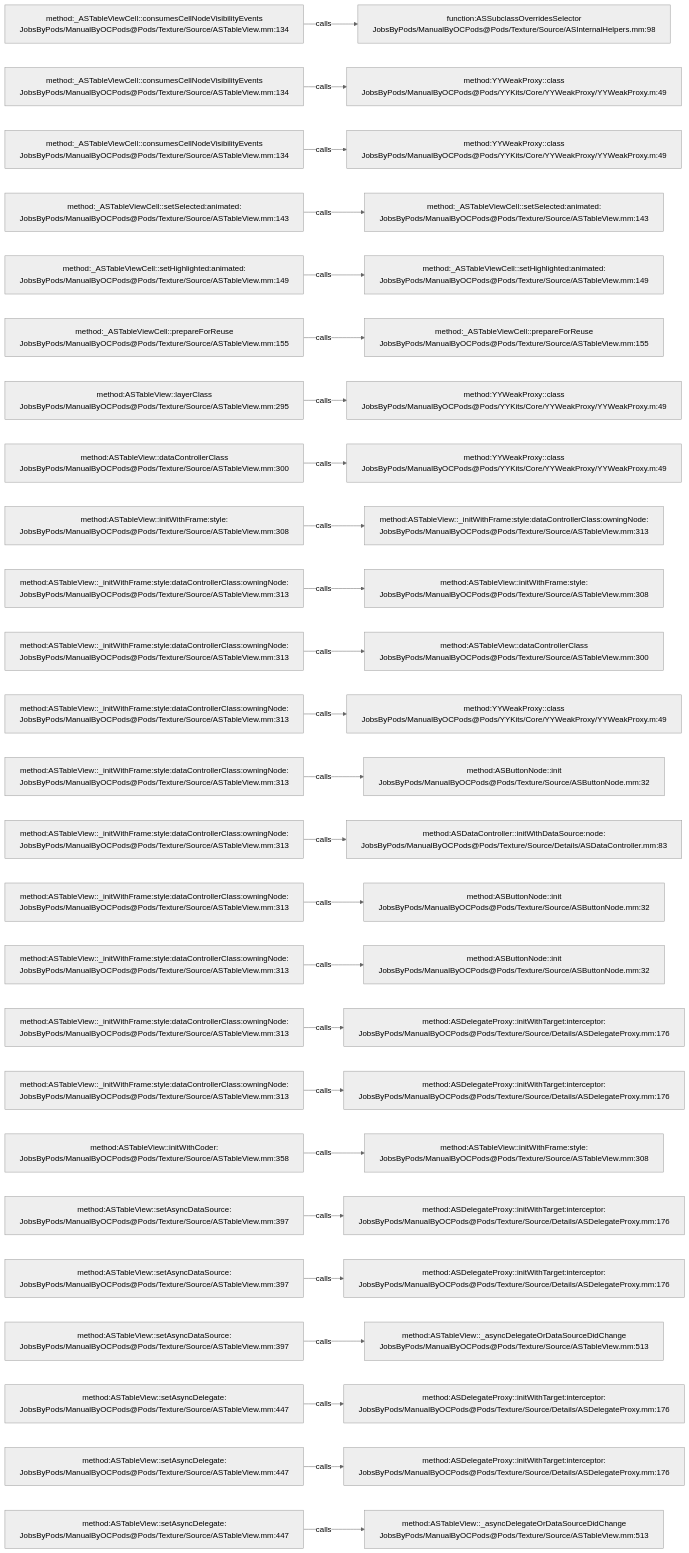
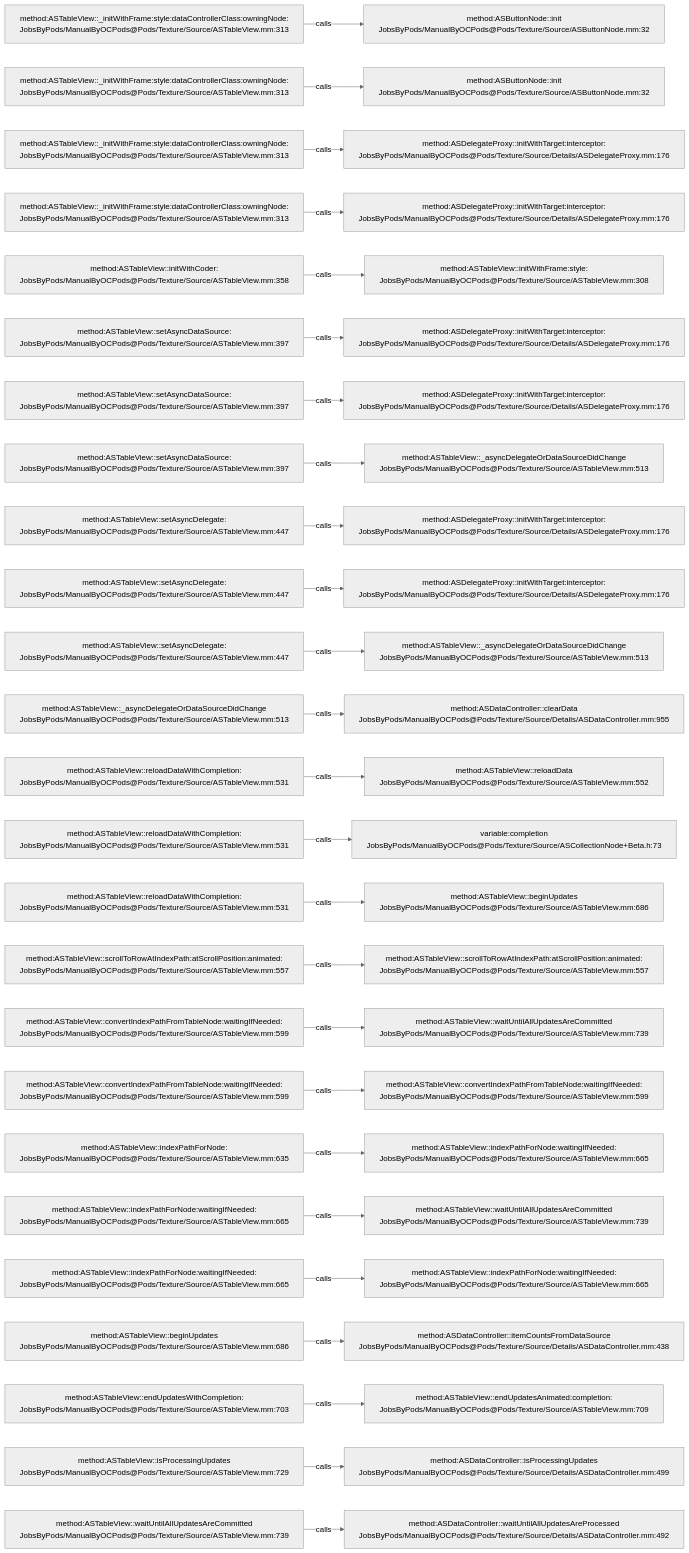
The diagram in .codegraph/codegraph.md/graphs/calls-128.md (JobsKits/JobsOCBaseConfigDemo), drawn with Mermaid (neutral theme) before and after one commit. The commit also changed 296 other files, not shown here.

````diff
--- a/.codegraph/codegraph.md/graphs/calls-128.md
+++ b/.codegraph/codegraph.md/graphs/calls-128.md
@@ -13,78 +13,78 @@
 ```mermaid
 flowchart LR
-  S1["method:_ASTableViewCell::consumesCellNodeVisibilityEvents<br/>JobsByPods/ManualByOCPods@Pods/Texture/Source/ASTableView.mm:134"]
-  T1["function:ASSubclassOverridesSelector<br/>JobsByPods/ManualByOCPods@Pods/Texture/Source/ASInternalHelpers.mm:98"]
+  S1["method:ASTableView::_initWithFrame:style:dataControllerClass:owningNode:<br/>JobsByPods/ManualByOCPods@Pods/Texture/Source/ASTableView.mm:313"]
+  T1["method:ASButtonNode::init<br/>JobsByPods/ManualByOCPods@Pods/Texture/Source/ASButtonNode.mm:32"]
   S1 -->|calls| T1
-  S2["method:_ASTableViewCell::consumesCellNodeVisibilityEvents<br/>JobsByPods/ManualByOCPods@Pods/Texture/Source/ASTableView.mm:134"]
-  T2["method:YYWeakProxy::class<br/>JobsByPods/ManualByOCPods@Pods/YYKits/Core/YYWeakProxy/YYWeakProxy.m:49"]
+  S2["method:ASTableView::_initWithFrame:style:dataControllerClass:owningNode:<br/>JobsByPods/ManualByOCPods@Pods/Texture/Source/ASTableView.mm:313"]
+  T2["method:ASButtonNode::init<br/>JobsByPods/ManualByOCPods@Pods/Texture/Source/ASButtonNode.mm:32"]
   S2 -->|calls| T2
-  S3["method:_ASTableViewCell::consumesCellNodeVisibilityEvents<br/>JobsByPods/ManualByOCPods@Pods/Texture/Source/ASTableView.mm:134"]
-  T3["method:YYWeakProxy::class<br/>JobsByPods/ManualByOCPods@Pods/YYKits/Core/YYWeakProxy/YYWeakProxy.m:49"]
+  S3["method:ASTableView::_initWithFrame:style:dataControllerClass:owningNode:<br/>JobsByPods/ManualByOCPods@Pods/Texture/Source/ASTableView.mm:313"]
+  T3["method:ASDelegateProxy::initWithTarget:interceptor:<br/>JobsByPods/ManualByOCPods@Pods/Texture/Source/Details/ASDelegateProxy.mm:176"]
   S3 -->|calls| T3
-  S4["method:_ASTableViewCell::setSelected:animated:<br/>JobsByPods/ManualByOCPods@Pods/Texture/Source/ASTableView.mm:143"]
-  T4["method:_ASTableViewCell::setSelected:animated:<br/>JobsByPods/ManualByOCPods@Pods/Texture/Source/ASTableView.mm:143"]
+  S4["method:ASTableView::_initWithFrame:style:dataControllerClass:owningNode:<br/>JobsByPods/ManualByOCPods@Pods/Texture/Source/ASTableView.mm:313"]
+  T4["method:ASDelegateProxy::initWithTarget:interceptor:<br/>JobsByPods/ManualByOCPods@Pods/Texture/Source/Details/ASDelegateProxy.mm:176"]
   S4 -->|calls| T4
-  S5["method:_ASTableViewCell::setHighlighted:animated:<br/>JobsByPods/ManualByOCPods@Pods/Texture/Source/ASTableView.mm:149"]
-  T5["method:_ASTableViewCell::setHighlighted:animated:<br/>JobsByPods/ManualByOCPods@Pods/Texture/Source/ASTableView.mm:149"]
+  S5["method:ASTableView::initWithCoder:<br/>JobsByPods/ManualByOCPods@Pods/Texture/Source/ASTableView.mm:358"]
+  T5["method:ASTableView::initWithFrame:style:<br/>JobsByPods/ManualByOCPods@Pods/Texture/Source/ASTableView.mm:308"]
   S5 -->|calls| T5
-  S6["method:_ASTableViewCell::prepareForReuse<br/>JobsByPods/ManualByOCPods@Pods/Texture/Source/ASTableView.mm:155"]
-  T6["method:_ASTableViewCell::prepareForReuse<br/>JobsByPods/ManualByOCPods@Pods/Texture/Source/ASTableView.mm:155"]
+  S6["method:ASTableView::setAsyncDataSource:<br/>JobsByPods/ManualByOCPods@Pods/Texture/Source/ASTableView.mm:397"]
+  T6["method:ASDelegateProxy::initWithTarget:interceptor:<br/>JobsByPods/ManualByOCPods@Pods/Texture/Source/Details/ASDelegateProxy.mm:176"]
   S6 -->|calls| T6
-  S7["method:ASTableView::layerClass<br/>JobsByPods/ManualByOCPods@Pods/Texture/Source/ASTableView.mm:295"]
-  T7["method:YYWeakProxy::class<br/>JobsByPods/ManualByOCPods@Pods/YYKits/Core/YYWeakProxy/YYWeakProxy.m:49"]
+  S7["method:ASTableView::setAsyncDataSource:<br/>JobsByPods/ManualByOCPods@Pods/Texture/Source/ASTableView.mm:397"]
+  T7["method:ASDelegateProxy::initWithTarget:interceptor:<br/>JobsByPods/ManualByOCPods@Pods/Texture/Source/Details/ASDelegateProxy.mm:176"]
   S7 -->|calls| T7
-  S8["method:ASTableView::dataControllerClass<br/>JobsByPods/ManualByOCPods@Pods/Texture/Source/ASTableView.mm:300"]
-  T8["method:YYWeakProxy::class<br/>JobsByPods/ManualByOCPods@Pods/YYKits/Core/YYWeakProxy/YYWeakProxy.m:49"]
+  S8["method:ASTableView::setAsyncDataSource:<br/>JobsByPods/ManualByOCPods@Pods/Texture/Source/ASTableView.mm:397"]
+  T8["method:ASTableView::_asyncDelegateOrDataSourceDidChange<br/>JobsByPods/ManualByOCPods@Pods/Texture/Source/ASTableView.mm:513"]
   S8 -->|calls| T8
-  S9["method:ASTableView::initWithFrame:style:<br/>JobsByPods/ManualByOCPods@Pods/Texture/Source/ASTableView.mm:308"]
-  T9["method:ASTableView::_initWithFrame:style:dataControllerClass:owningNode:<br/>JobsByPods/ManualByOCPods@Pods/Texture/Source/ASTableView.mm:313"]
+  S9["method:ASTableView::setAsyncDelegate:<br/>JobsByPods/ManualByOCPods@Pods/Texture/Source/ASTableView.mm:447"]
+  T9["method:ASDelegateProxy::initWithTarget:interceptor:<br/>JobsByPods/ManualByOCPods@Pods/Texture/Source/Details/ASDelegateProxy.mm:176"]
   S9 -->|calls| T9
-  S10["method:ASTableView::_initWithFrame:style:dataControllerClass:owningNode:<br/>JobsByPods/ManualByOCPods@Pods/Texture/Source/ASTableView.mm:313"]
-  T10["method:ASTableView::initWithFrame:style:<br/>JobsByPods/ManualByOCPods@Pods/Texture/Source/ASTableView.mm:308"]
+  S10["method:ASTableView::setAsyncDelegate:<br/>JobsByPods/ManualByOCPods@Pods/Texture/Source/ASTableView.mm:447"]
+  T10["method:ASDelegateProxy::initWithTarget:interceptor:<br/>JobsByPods/ManualByOCPods@Pods/Texture/Source/Details/ASDelegateProxy.mm:176"]
   S10 -->|calls| T10
-  S11["method:ASTableView::_initWithFrame:style:dataControllerClass:owningNode:<br/>JobsByPods/ManualByOCPods@Pods/Texture/Source/ASTableView.mm:313"]
-  T11["method:ASTableView::dataControllerClass<br/>JobsByPods/ManualByOCPods@Pods/Texture/Source/ASTableView.mm:300"]
+  S11["method:ASTableView::setAsyncDelegate:<br/>JobsByPods/ManualByOCPods@Pods/Texture/Source/ASTableView.mm:447"]
+  T11["method:ASTableView::_asyncDelegateOrDataSourceDidChange<br/>JobsByPods/ManualByOCPods@Pods/Texture/Source/ASTableView.mm:513"]
   S11 -->|calls| T11
-  S12["method:ASTableView::_initWithFrame:style:dataControllerClass:owningNode:<br/>JobsByPods/ManualByOCPods@Pods/Texture/Source/ASTableView.mm:313"]
-  T12["method:YYWeakProxy::class<br/>JobsByPods/ManualByOCPods@Pods/YYKits/Core/YYWeakProxy/YYWeakProxy.m:49"]
+  S12["method:ASTableView::_asyncDelegateOrDataSourceDidChange<br/>JobsByPods/ManualByOCPods@Pods/Texture/Source/ASTableView.mm:513"]
+  T12["method:ASDataController::clearData<br/>JobsByPods/ManualByOCPods@Pods/Texture/Source/Details/ASDataController.mm:955"]
   S12 -->|calls| T12
-  S13["method:ASTableView::_initWithFrame:style:dataControllerClass:owningNode:<br/>JobsByPods/ManualByOCPods@Pods/Texture/Source/ASTableView.mm:313"]
-  T13["method:ASButtonNode::init<br/>JobsByPods/ManualByOCPods@Pods/Texture/Source/ASButtonNode.mm:32"]
+  S13["method:ASTableView::reloadDataWithCompletion:<br/>JobsByPods/ManualByOCPods@Pods/Texture/Source/ASTableView.mm:531"]
+  T13["method:ASTableView::reloadData<br/>JobsByPods/ManualByOCPods@Pods/Texture/Source/ASTableView.mm:552"]
   S13 -->|calls| T13
-  S14["method:ASTableView::_initWithFrame:style:dataControllerClass:owningNode:<br/>JobsByPods/ManualByOCPods@Pods/Texture/Source/ASTableView.mm:313"]
-  T14["method:ASDataController::initWithDataSource:node:<br/>JobsByPods/ManualByOCPods@Pods/Texture/Source/Details/ASDataController.mm:83"]
+  S14["method:ASTableView::reloadDataWithCompletion:<br/>JobsByPods/ManualByOCPods@Pods/Texture/Source/ASTableView.mm:531"]
+  T14["variable:completion<br/>JobsByPods/ManualByOCPods@Pods/Texture/Source/ASCollectionNode+Beta.h:73"]
   S14 -->|calls| T14
-  S15["method:ASTableView::_initWithFrame:style:dataControllerClass:owningNode:<br/>JobsByPods/ManualByOCPods@Pods/Texture/Source/ASTableView.mm:313"]
-  T15["method:ASButtonNode::init<br/>JobsByPods/ManualByOCPods@Pods/Texture/Source/ASButtonNode.mm:32"]
+  S15["method:ASTableView::reloadDataWithCompletion:<br/>JobsByPods/ManualByOCPods@Pods/Texture/Source/ASTableView.mm:531"]
+  T15["method:ASTableView::beginUpdates<br/>JobsByPods/ManualByOCPods@Pods/Texture/Source/ASTableView.mm:686"]
   S15 -->|calls| T15
-  S16["method:ASTableView::_initWithFrame:style:dataControllerClass:owningNode:<br/>JobsByPods/ManualByOCPods@Pods/Texture/Source/ASTableView.mm:313"]
-  T16["method:ASButtonNode::init<br/>JobsByPods/ManualByOCPods@Pods/Texture/Source/ASButtonNode.mm:32"]
+  S16["method:ASTableView::scrollToRowAtIndexPath:atScrollPosition:animated:<br/>JobsByPods/ManualByOCPods@Pods/Texture/Source/ASTableView.mm:557"]
+  T16["method:ASTableView::scrollToRowAtIndexPath:atScrollPosition:animated:<br/>JobsByPods/ManualByOCPods@Pods/Texture/Source/ASTableView.mm:557"]
   S16 -->|calls| T16
-  S17["method:ASTableView::_initWithFrame:style:dataControllerClass:owningNode:<br/>JobsByPods/ManualByOCPods@Pods/Texture/Source/ASTableView.mm:313"]
-  T17["method:ASDelegateProxy::initWithTarget:interceptor:<br/>JobsByPods/ManualByOCPods@Pods/Texture/Source/Details/ASDelegateProxy.mm:176"]
+  S17["method:ASTableView::convertIndexPathFromTableNode:waitingIfNeeded:<br/>JobsByPods/ManualByOCPods@Pods/Texture/Source/ASTableView.mm:599"]
+  T17["method:ASTableView::waitUntilAllUpdatesAreCommitted<br/>JobsByPods/ManualByOCPods@Pods/Texture/Source/ASTableView.mm:739"]
   S17 -->|calls| T17
-  S18["method:ASTableView::_initWithFrame:style:dataControllerClass:owningNode:<br/>JobsByPods/ManualByOCPods@Pods/Texture/Source/ASTableView.mm:313"]
-  T18["method:ASDelegateProxy::initWithTarget:interceptor:<br/>JobsByPods/ManualByOCPods@Pods/Texture/Source/Details/ASDelegateProxy.mm:176"]
+  S18["method:ASTableView::convertIndexPathFromTableNode:waitingIfNeeded:<br/>JobsByPods/ManualByOCPods@Pods/Texture/Source/ASTableView.mm:599"]
+  T18["method:ASTableView::convertIndexPathFromTableNode:waitingIfNeeded:<br/>JobsByPods/ManualByOCPods@Pods/Texture/Source/ASTableView.mm:599"]
   S18 -->|calls| T18
-  S19["method:ASTableView::initWithCoder:<br/>JobsByPods/ManualByOCPods@Pods/Texture/Source/ASTableView.mm:358"]
-  T19["method:ASTableView::initWithFrame:style:<br/>JobsByPods/ManualByOCPods@Pods/Texture/Source/ASTableView.mm:308"]
+  S19["method:ASTableView::indexPathForNode:<br/>JobsByPods/ManualByOCPods@Pods/Texture/Source/ASTableView.mm:635"]
+  T19["method:ASTableView::indexPathForNode:waitingIfNeeded:<br/>JobsByPods/ManualByOCPods@Pods/Texture/Source/ASTableView.mm:665"]
   S19 -->|calls| T19
-  S20["method:ASTableView::setAsyncDataSource:<br/>JobsByPods/ManualByOCPods@Pods/Texture/Source/ASTableView.mm:397"]
-  T20["method:ASDelegateProxy::initWithTarget:interceptor:<br/>JobsByPods/ManualByOCPods@Pods/Texture/Source/Details/ASDelegateProxy.mm:176"]
+  S20["method:ASTableView::indexPathForNode:waitingIfNeeded:<br/>JobsByPods/ManualByOCPods@Pods/Texture/Source/ASTableView.mm:665"]
+  T20["method:ASTableView::waitUntilAllUpdatesAreCommitted<br/>JobsByPods/ManualByOCPods@Pods/Texture/Source/ASTableView.mm:739"]
   S20 -->|calls| T20
-  S21["method:ASTableView::setAsyncDataSource:<br/>JobsByPods/ManualByOCPods@Pods/Texture/Source/ASTableView.mm:397"]
-  T21["method:ASDelegateProxy::initWithTarget:interceptor:<br/>JobsByPods/ManualByOCPods@Pods/Texture/Source/Details/ASDelegateProxy.mm:176"]
+  S21["method:ASTableView::indexPathForNode:waitingIfNeeded:<br/>JobsByPods/ManualByOCPods@Pods/Texture/Source/ASTableView.mm:665"]
+  T21["method:ASTableView::indexPathForNode:waitingIfNeeded:<br/>JobsByPods/ManualByOCPods@Pods/Texture/Source/ASTableView.mm:665"]
   S21 -->|calls| T21
-  S22["method:ASTableView::setAsyncDataSource:<br/>JobsByPods/ManualByOCPods@Pods/Texture/Source/ASTableView.mm:397"]
-  T22["method:ASTableView::_asyncDelegateOrDataSourceDidChange<br/>JobsByPods/ManualByOCPods@Pods/Texture/Source/ASTableView.mm:513"]
+  S22["method:ASTableView::beginUpdates<br/>JobsByPods/ManualByOCPods@Pods/Texture/Source/ASTableView.mm:686"]
+  T22["method:ASDataController::itemCountsFromDataSource<br/>JobsByPods/ManualByOCPods@Pods/Texture/Source/Details/ASDataController.mm:438"]
   S22 -->|calls| T22
-  S23["method:ASTableView::setAsyncDelegate:<br/>JobsByPods/ManualByOCPods@Pods/Texture/Source/ASTableView.mm:447"]
-  T23["method:ASDelegateProxy::initWithTarget:interceptor:<br/>JobsByPods/ManualByOCPods@Pods/Texture/Source/Details/ASDelegateProxy.mm:176"]
+  S23["method:ASTableView::endUpdatesWithCompletion:<br/>JobsByPods/ManualByOCPods@Pods/Texture/Source/ASTableView.mm:703"]
+  T23["method:ASTableView::endUpdatesAnimated:completion:<br/>JobsByPods/ManualByOCPods@Pods/Texture/Source/ASTableView.mm:709"]
   S23 -->|calls| T23
-  S24["method:ASTableView::setAsyncDelegate:<br/>JobsByPods/ManualByOCPods@Pods/Texture/Source/ASTableView.mm:447"]
-  T24["method:ASDelegateProxy::initWithTarget:interceptor:<br/>JobsByPods/ManualByOCPods@Pods/Texture/Source/Details/ASDelegateProxy.mm:176"]
+  S24["method:ASTableView::isProcessingUpdates<br/>JobsByPods/ManualByOCPods@Pods/Texture/Source/ASTableView.mm:729"]
+  T24["method:ASDataController::isProcessingUpdates<br/>JobsByPods/ManualByOCPods@Pods/Texture/Source/Details/ASDataController.mm:499"]
   S24 -->|calls| T24
-  S25["method:ASTableView::setAsyncDelegate:<br/>JobsByPods/ManualByOCPods@Pods/Texture/Source/ASTableView.mm:447"]
-  T25["method:ASTableView::_asyncDelegateOrDataSourceDidChange<br/>JobsByPods/ManualByOCPods@Pods/Texture/Source/ASTableView.mm:513"]
+  S25["method:ASTableView::waitUntilAllUpdatesAreCommitted<br/>JobsByPods/ManualByOCPods@Pods/Texture/Source/ASTableView.mm:739"]
+  T25["method:ASDataController::waitUntilAllUpdatesAreProcessed<br/>JobsByPods/ManualByOCPods@Pods/Texture/Source/Details/ASDataController.mm:492"]
   S25 -->|calls| T25
 ```
````
